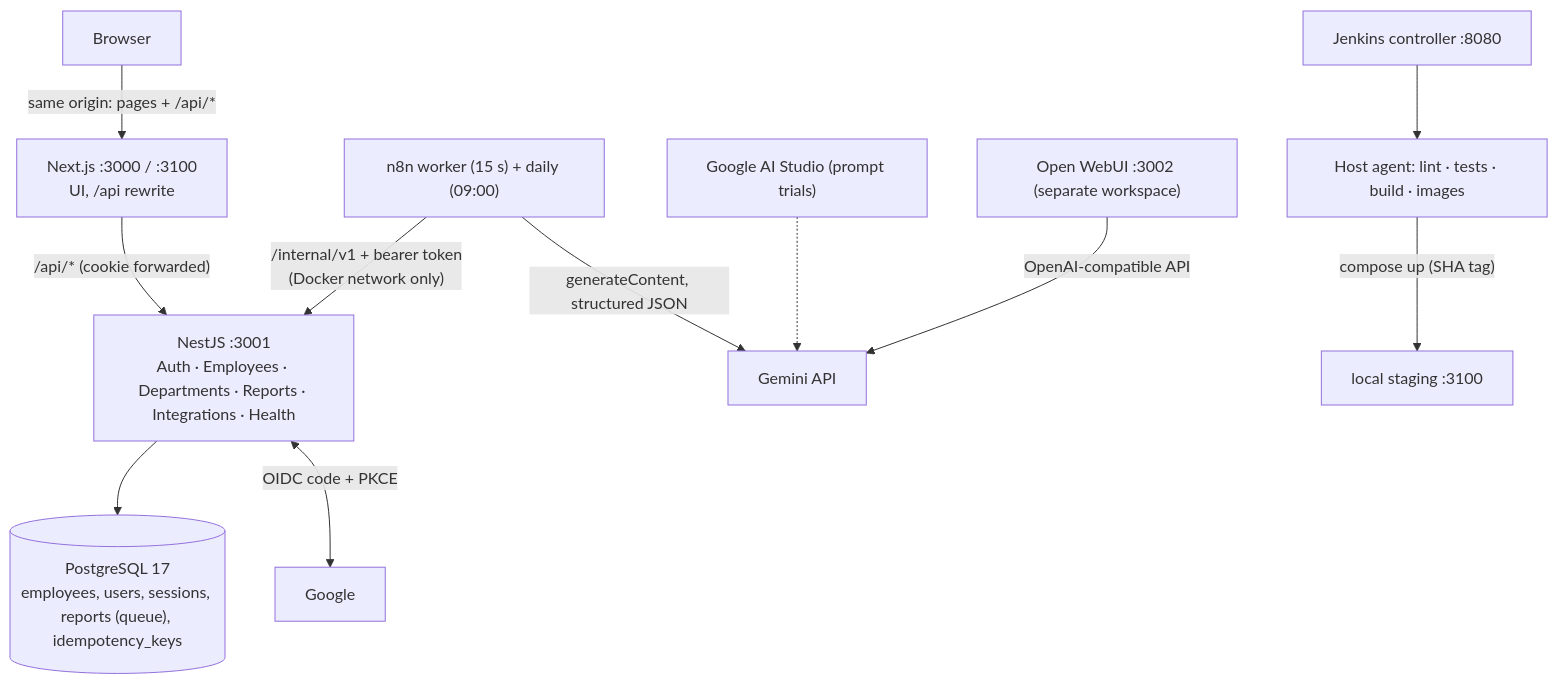
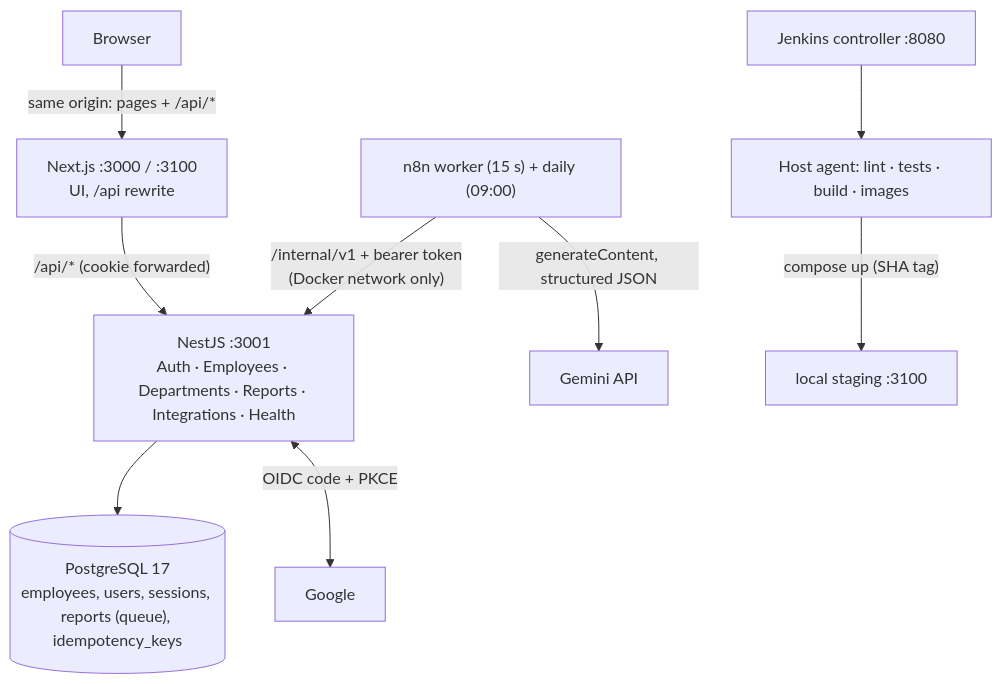
Before and after one commit to sittipong-hemloun/helius-tech-test: the first of 2 diagrams in docs/architecture.md, drawn with Mermaid. The commit also changed 44 other files, not shown here.

````diff
--- a/docs/architecture.md
+++ b/docs/architecture.md
@@ -5,13 +5,11 @@
 ```mermaid
 flowchart TD
     B["Browser"] -->|"same origin: pages + /api/*"| W["Next.js :3000 / :3100<br/>UI, /api rewrite"]
     W -->|"/api/* (cookie forwarded)"| A["NestJS :3001<br/>Auth · Employees · Departments · Reports · Integrations · Health"]
     A --> DB[("PostgreSQL 17<br/>employees, users, sessions, reports (queue), idempotency_keys")]
     A <-->|"OIDC code + PKCE"| G["Google"]
     N["n8n worker (15 s) + daily (09:00)"] -->|"/internal/v1 + bearer token<br/>(Docker network only)"| A
     N -->|"generateContent, structured JSON"| M["Gemini API"]
-    S["Google AI Studio (prompt trials)"] -.-> M
-    O["Open WebUI :3002 (separate workspace)"] -->|"OpenAI-compatible API"| M
     J["Jenkins controller :8080"] --> JA["Host agent: lint · tests · build · images"]
     JA -->|"compose up (SHA tag)"| ST["local staging :3100"]
 ```
````
